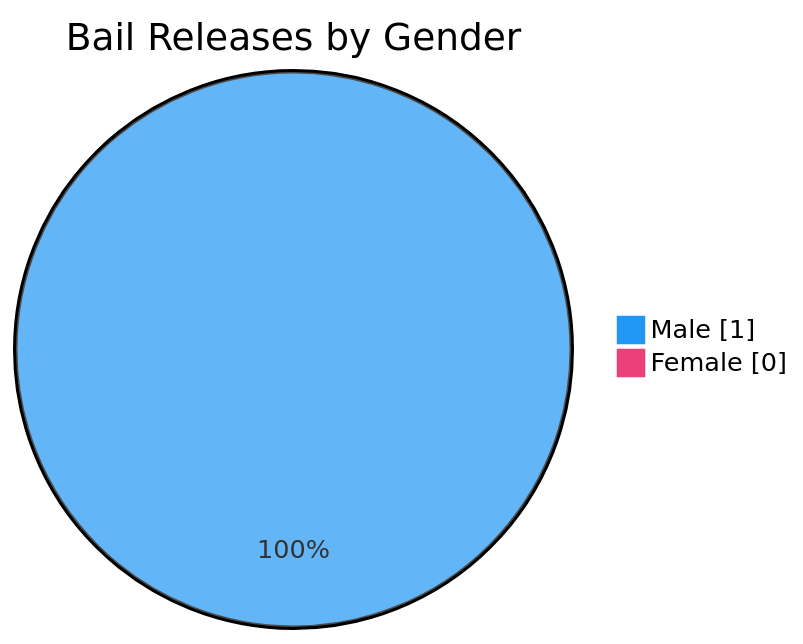
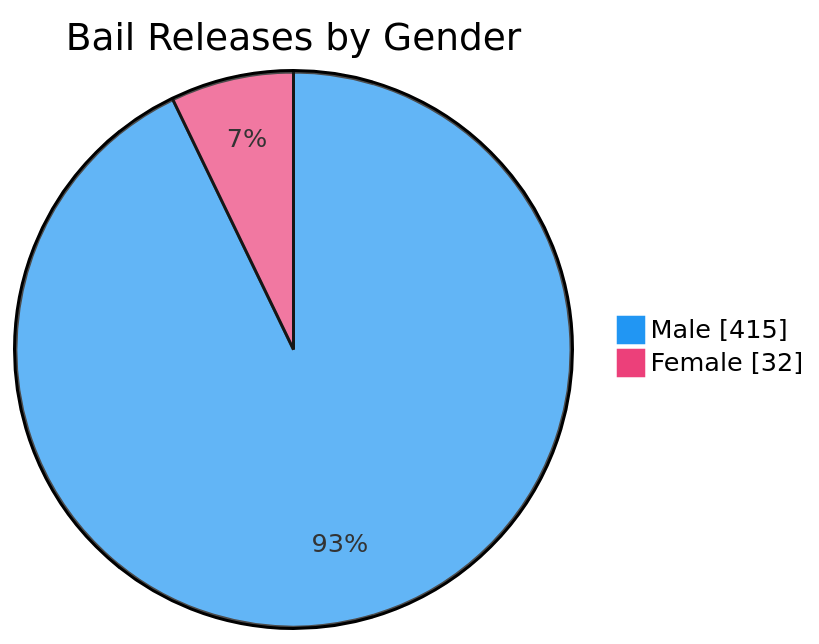
One commit to nuuuwan/lk_prisons changed the seventh of 7 diagrams in README.md. Above: the diagram before and after it, drawn with Mermaid. The commit also changed other lines of this file and 1 other file, not shown here.

````diff
--- a/README.md
+++ b/README.md
@@ -109,6 +109,6 @@
 ```mermaid
 %%{init: {'themeVariables': {'pie1': '#2196F3', 'pie2': '#EC407A'}}}%%
 pie showData title Bail Releases by Gender
-    "Male" : 1
-    "Female" : 0
+    "Male" : 415
+    "Female" : 32
 ```
````
